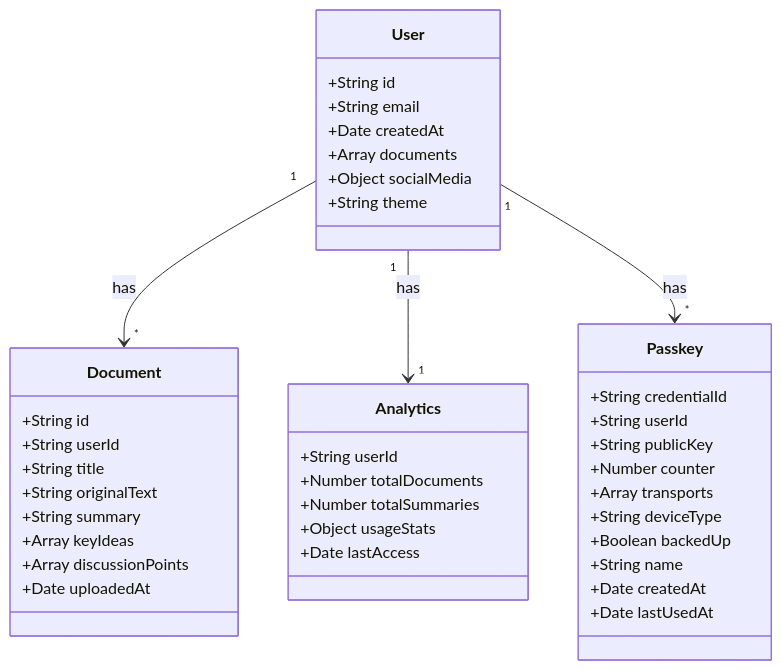
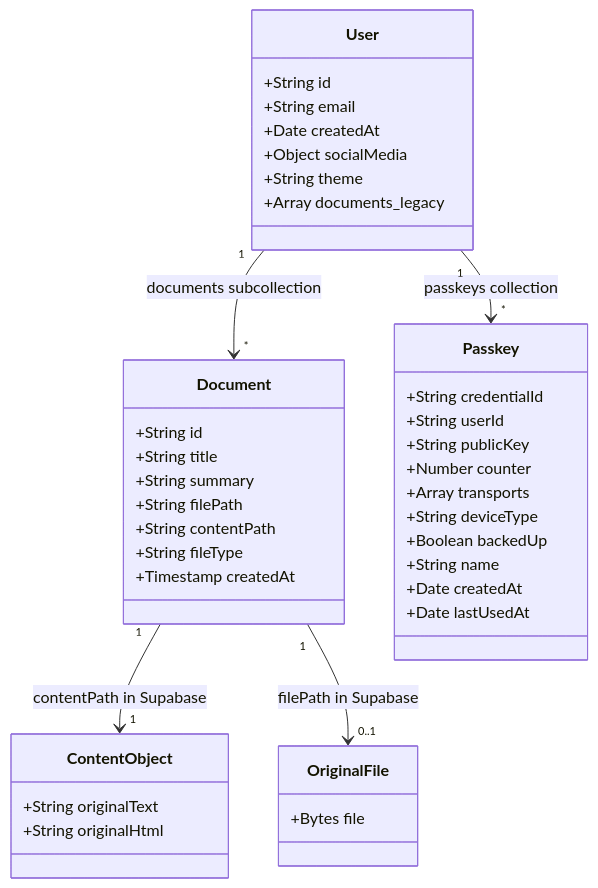
Before and after one commit to Derek-miranda/DocuThinker-AI: the seventh of 40 diagrams in ARCHITECTURE.md, drawn with Mermaid. The commit also changed other lines of this file and 73 other files, not shown here.

Commit message:
feat: integrate Supabase for document storage and add cache handling

````diff
--- a/ARCHITECTURE.md
+++ b/ARCHITECTURE.md
@@ -478,47 +593,48 @@
 ```mermaid
 classDiagram
     class User {
         +String id
         +String email
         +Date createdAt
-        +Array documents
         +Object socialMedia
         +String theme
+        +Array documents_legacy
     }
 
     class Document {
         +String id
-        +String userId
         +String title
-        +String originalText
         +String summary
-        +Array keyIdeas
-        +Array discussionPoints
-        +Date uploadedAt
+        +String filePath
+        +String contentPath
+        +String fileType
+        +Timestamp createdAt
     }
 
-    class Analytics {
-        +String userId
-        +Number totalDocuments
-        +Number totalSummaries
-        +Object usageStats
-        +Date lastAccess
+    class ContentObject {
+        +String originalText
+        +String originalHtml
+    }
+
+    class OriginalFile {
+        +Bytes file
     }
 
     class Passkey {
         +String credentialId
         +String userId
         +String publicKey
         +Number counter
         +Array transports
         +String deviceType
         +Boolean backedUp
         +String name
         +Date createdAt
         +Date lastUsedAt
     }
 
-    User "1" --> "*" Document : has
-    User "1" --> "1" Analytics : has
-    User "1" --> "*" Passkey : has
+    User "1" --> "*" Document : documents subcollection
+    Document "1" --> "1" ContentObject : contentPath in Supabase
+    Document "1" --> "0..1" OriginalFile : filePath in Supabase
+    User "1" --> "*" Passkey : passkeys collection
 ```
````
